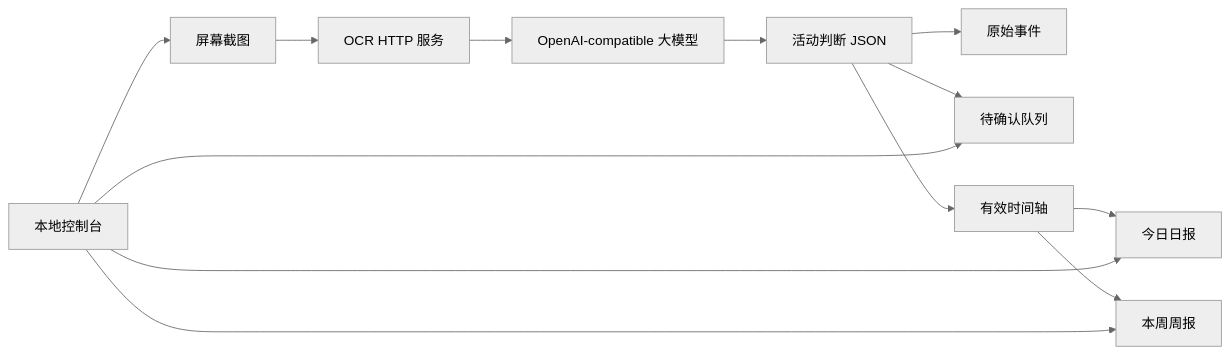
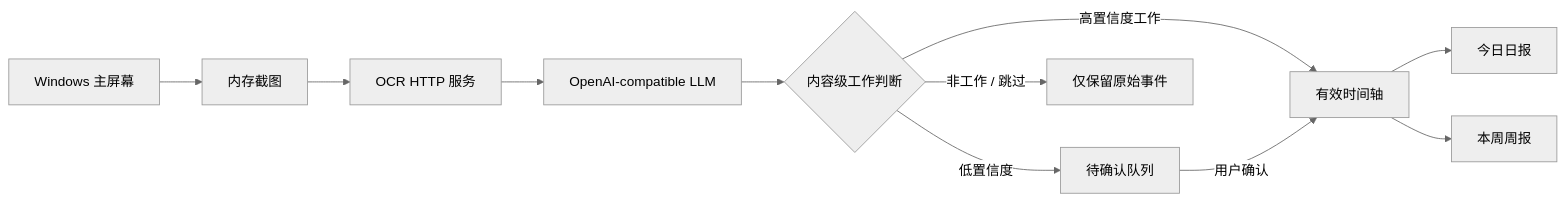
One commit to teachershuang/worktrace changed the diagram in README.md. Above: the diagram before and after it, drawn with Mermaid (neutral theme). The commit also changed other lines of this file, not shown here.

````diff
--- a/README.md
+++ b/README.md
@@ -50,15 +89,13 @@
 ```mermaid
 flowchart LR
-  A["屏幕截图"] --> B["OCR HTTP 服务"]
-  B --> C["OpenAI-compatible 大模型"]
-  C --> D["活动判断 JSON"]
-  D --> E["原始事件"]
-  D --> F["待确认队列"]
-  D --> G["有效时间轴"]
-  G --> H["今日日报"]
-  G --> I["本周周报"]
-  J["本地控制台"] --> A
-  J --> F
-  J --> H
-  J --> I
+  A["Windows 主屏幕"] --> B["内存截图"]
+  B --> C["OCR HTTP 服务"]
+  C --> D["OpenAI-compatible LLM"]
+  D --> E{"内容级工作判断"}
+  E -->|"高置信度工作"| F["有效时间轴"]
+  E -->|"低置信度"| G["待确认队列"]
+  E -->|"非工作 / 跳过"| H["仅保留原始事件"]
+  G -->|"用户确认"| F
+  F --> I["今日日报"]
+  F --> J["本周周报"]
 ```
````
